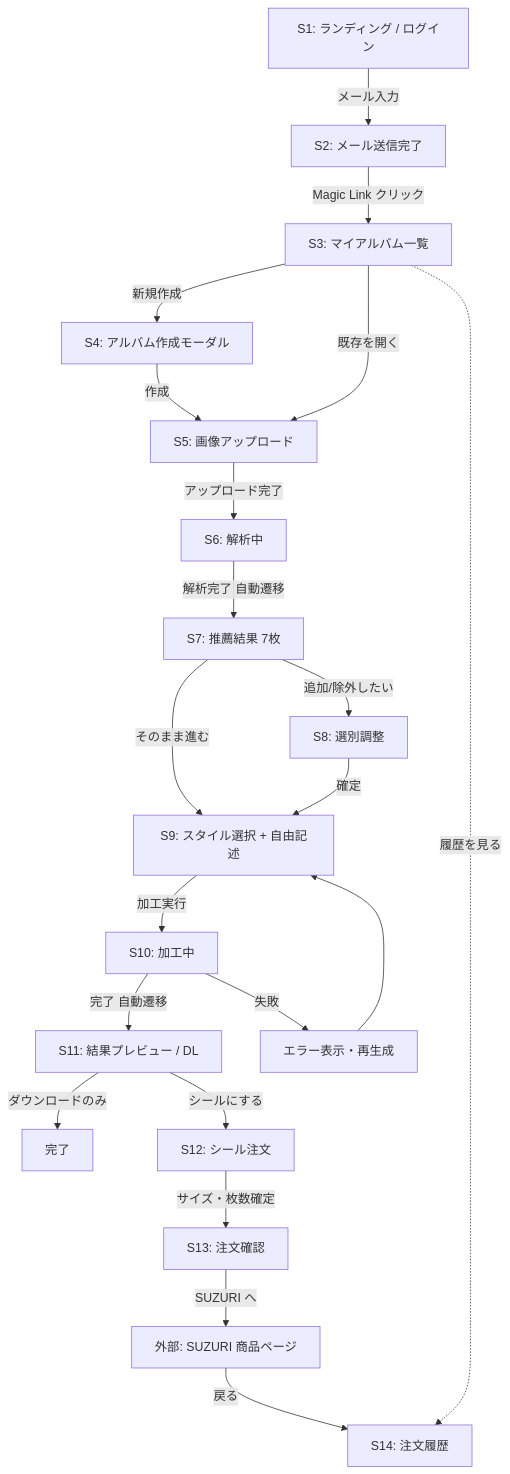
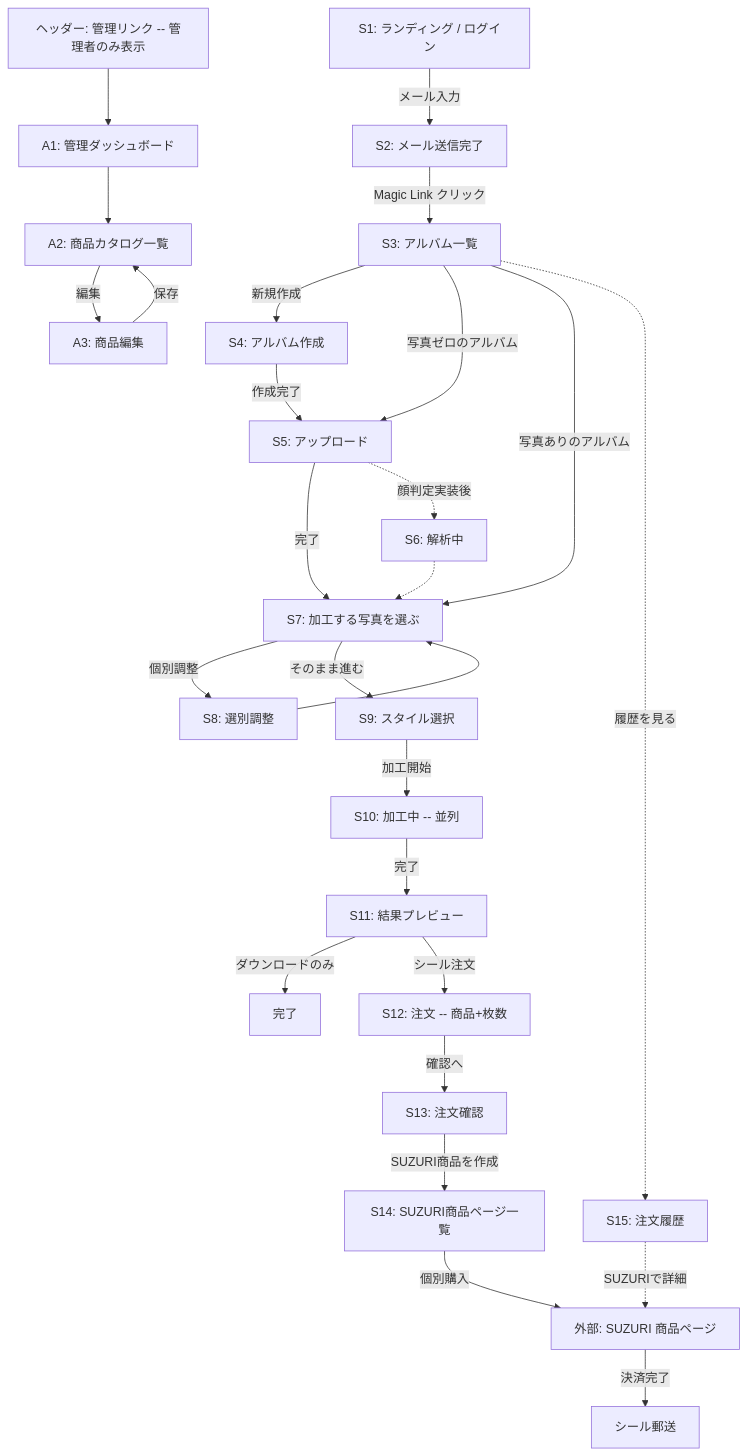
One commit to yuya327/tm changed the diagram in docs/screen_flow.md. Above: the diagram before and after it, drawn with Mermaid. The commit also changed other lines of this file and 19 other files, not shown here.

````diff
--- a/docs/screen_flow.md
+++ b/docs/screen_flow.md
@@ -27,30 +48,37 @@
 ```mermaid
 flowchart TD
     S1[S1: ランディング / ログイン] -->|メール入力| S2[S2: メール送信完了]
-    S2 -->|Magic Link クリック| S3[S3: マイアルバム一覧]
+    S2 -->|Magic Link クリック| S3[S3: アルバム一覧]
 
-    S3 -->|新規作成| S4[S4: アルバム作成モーダル]
-    S4 -->|作成| S5[S5: 画像アップロード]
-    S3 -->|既存を開く| S5
+    S3 -->|新規作成| S4[S4: アルバム作成]
+    S4 -->|作成完了| S5[S5: アップロード]
+    S3 -->|写真ゼロのアルバム| S5
+    S3 -->|写真ありのアルバム| S7
 
-    S5 -->|アップロード完了| S6[S6: 解析中]
-    S6 -->|解析完了 自動遷移| S7[S7: 推薦結果 7枚]
+    S5 -->|完了| S7
+    S5 -.->|顔判定実装後| S6[S6: 解析中] -.-> S7
 
-    S7 -->|そのまま進む| S9[S9: スタイル選択 + 自由記述]
-    S7 -->|追加/除外したい| S8[S8: 選別調整]
-    S8 -->|確定| S9
+    S7[S7: 加工する写真を選ぶ] -->|個別調整| S8[S8: 選別調整]
+    S8 --> S7
+    S7 -->|そのまま進む| S9[S9: スタイル選択]
 
-    S9 -->|加工実行| S10[S10: 加工中]
-    S10 -->|完了 自動遷移| S11[S11: 結果プレビュー / DL]
-    S10 -->|失敗| S11_err[エラー表示・再生成]
-    S11_err --> S9
+    S9 -->|加工開始| S10[S10: 加工中 -- 並列]
+    S10 -->|完了| S11[S11: 結果プレビュー]
 
     S11 -->|ダウンロードのみ| END1[完了]
-    S11 -->|シールにする| S12[S12: シール注文]
+    S11 -->|シール注文| S12[S12: 注文 -- 商品+枚数]
 
-    S12 -->|サイズ・枚数確定| S13[S13: 注文確認]
-    S13 -->|SUZURI へ| EXT[外部: SUZURI 商品ページ]
-    EXT -->|戻る| S14[S14: 注文履歴]
+    S12 -->|確認へ| S13[S13: 注文確認]
+    S13 -->|SUZURI商品を作成| S14[S14: SUZURI商品ページ一覧]
+    S14 -->|個別購入| EXT[外部: SUZURI 商品ページ]
+    EXT -->|決済完了| END2[シール郵送]
 
-    S3 -.->|履歴を見る| S14
+    S3 -.->|履歴を見る| S15[S15: 注文履歴]
+    S15 -.->|SUZURIで詳細| EXT
+
+    %% 管理者向け
+    HEAD[ヘッダー: 管理リンク -- 管理者のみ表示] --> A1[A1: 管理ダッシュボード]
+    A1 --> A2[A2: 商品カタログ一覧]
+    A2 -->|編集| A3[A3: 商品編集]
+    A3 -->|保存| A2
 ```
````
